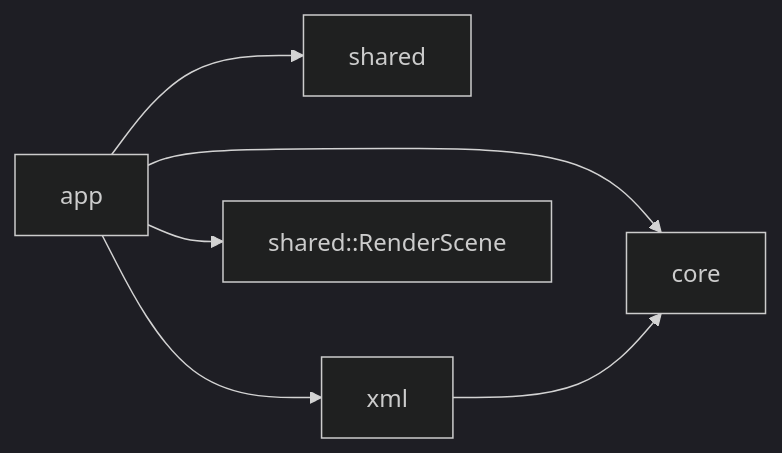
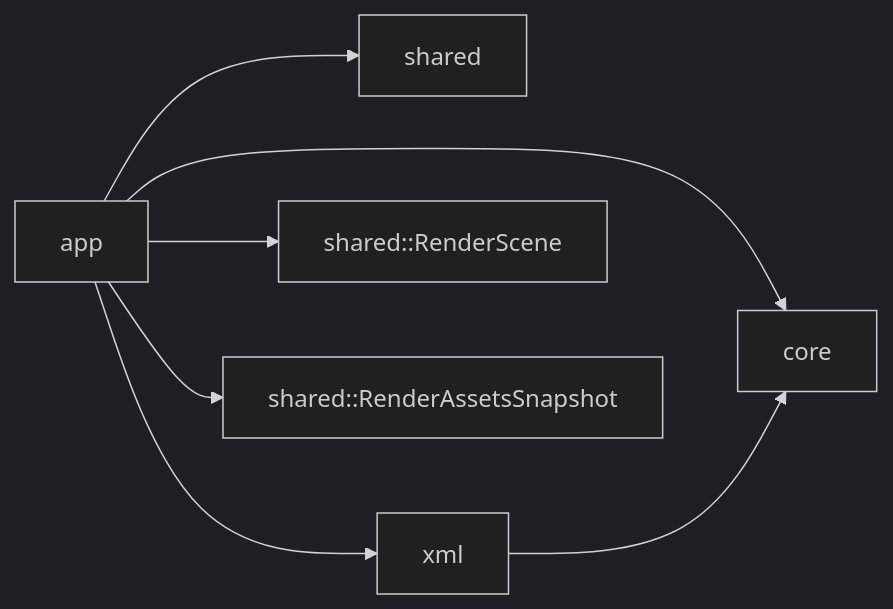
The diagram in crates/fs25_auto_drive_engine/API.md (mro68/fs25_ad_editor), drawn with Mermaid (dark theme) before and after one commit. The commit also changed other lines of this file and 12 other files, not shown here.

````diff
--- a/crates/fs25_auto_drive_engine/API.md
+++ b/crates/fs25_auto_drive_engine/API.md
@@ -56,8 +57,9 @@
 ```mermaid
 flowchart LR
 	app --> core
 	app --> shared
 	app --> xml
 	xml --> core
 	app --> RenderScene[shared::RenderScene]
+	app --> RenderAssets[shared::RenderAssetsSnapshot]
 ```
````
